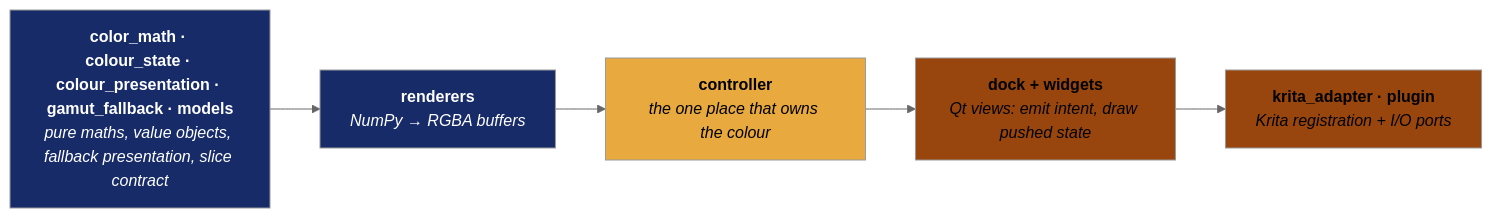
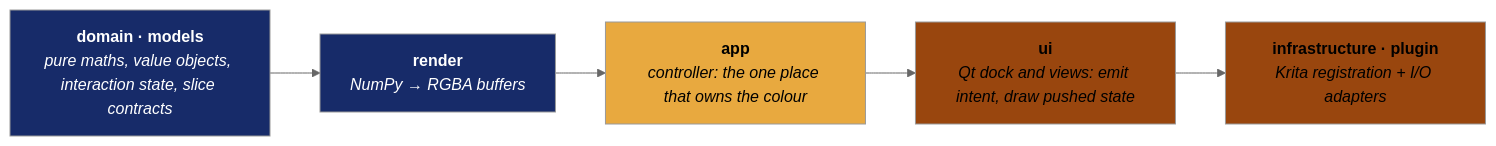
Before and after one commit to gibapiu/oklab_colour_picker_krita: the first of 5 diagrams in docs/architecture.md, drawn with Mermaid (neutral theme). The commit also changed 70 other files, not shown here.

````diff
--- a/docs/architecture.md
+++ b/docs/architecture.md
@@ -24,14 +24,14 @@
 ```mermaid
 flowchart LR
-    A["<b>color_math · colour_state · colour_presentation · gamut_fallback · models</b><br/><i>pure maths, value objects, fallback presentation, slice contract</i>"]
-    B["<b>renderers</b><br/><i>NumPy → RGBA buffers</i>"]
-    C["<b>controller</b><br/><i>the one place that owns the colour</i>"]
-    D["<b>dock + widgets</b><br/><i>Qt views: emit intent, draw pushed state</i>"]
-    E["<b>krita_adapter · plugin</b><br/><i>Krita registration + I/O ports</i>"]
+    A["<b>domain · models</b><br/><i>pure maths, value objects, interaction state, slice contracts</i>"]
+    B["<b>render</b><br/><i>NumPy → RGBA buffers</i>"]
+    C["<b>app</b><br/><i>controller: the one place that owns the colour</i>"]
+    D["<b>ui</b><br/><i>Qt dock and views: emit intent, draw pushed state</i>"]
+    E["<b>infrastructure · plugin</b><br/><i>Krita registration + I/O adapters</i>"]
     A --> B --> C --> D --> E
     style A fill:#172b69, color: #ffffff
     style B fill:#172b69, color: #ffffff
     style C fill:#e8a93f, color: #000000
     style D fill:#99460e, color: #000000
     style E fill:#99460e, color: #000000
 ```
````
